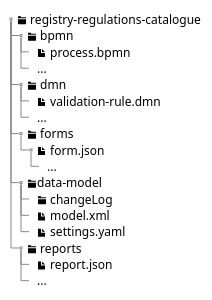
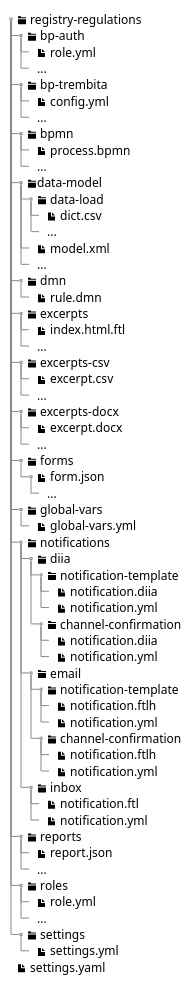
Before and after one commit to epam/edp-ddm-architecture: the first of 7 diagrams in modules/platform-develop/pages/registry-regulations-deployment.adoc, drawn with PlantUML. The commit also changed other lines of this file and 5 other files, not shown here.

Commit message:
[EDP-DDM-15214] Updated registry-regulations-structure and registry-regulations-deployment docs

```diff
--- a/modules/platform-develop/pages/registry-regulations-deployment.adoc
+++ b/modules/platform-develop/pages/registry-regulations-deployment.adoc
@@ -6,31 +41,83 @@
 [plantuml]
 ----
 @startsalt
 {
 {T
-+ <&folder> registry-regulations-catalogue
++ <&folder> registry-regulations
+
+++ <&folder> bp-auth
++++ <&file> role.yml
++++ ...
+
+++ <&folder> bp-trembita
++++ <&file> config.yml
++++ ...
 
 ++ <&folder> bpmn
 +++ <&file> process.bpmn
 +++ ...
 
+++ <&folder>data-model
++++ <&folder> data-load
+++++ <&file> dict.csv
+++++ ...
++++ <&file> model.xml
++++ ...
+
 ++ <&folder> dmn
-+++ <&file> validation-rule.dmn
++++ <&file> rule.dmn
+
+++ <&folder> excerpts
++++ <&file> index.html.ftl
++++ ...
+
+++ <&folder> excerpts-csv
++++ <&file> excerpt.csv
++++ ...
+++ <&folder> excerpts-docx
++++ <&file> excerpt.docx
 +++ ...
 
 ++ <&folder> forms
 +++ <&file> form.json
 ++++ ...
 
-++ <&folder>data-model
-+++ <&folder> changeLog
-+++ <&file> model.xml
-+++ <&file> settings.yaml
+++ <&folder> global-vars
++++ <&file> global-vars.yml
+
+++ <&folder> notifications
++++ <&folder> diia
+++++ <&folder> notification-template
++++++ <&file> notification.diia
++++++ <&file> notification.yml
+++++ <&folder> channel-confirmation
++++++ <&file> notification.diia
++++++ <&file> notification.yml
++++ <&folder> email
+++++ <&folder> notification-template
++++++ <&file> notification.ftlh
++++++ <&file> notification.yml
+++++ <&folder> channel-confirmation
++++++ <&file> notification.ftlh
++++++ <&file> notification.yml
++++ <&folder> inbox
+++++ <&file> notification.ftl
+++++ <&file> notification.yml
 
 ++ <&folder> reports
 +++ <&file> report.json
 +++ ...
+
+++ <&folder> roles
++++ <&file> role.yml
++++ ...
+
+++ <&folder> settings
++++ <&file> settings.yml
+
++ <&file> settings.yaml
+
 }
 }
 @endsalt
 ----
```
